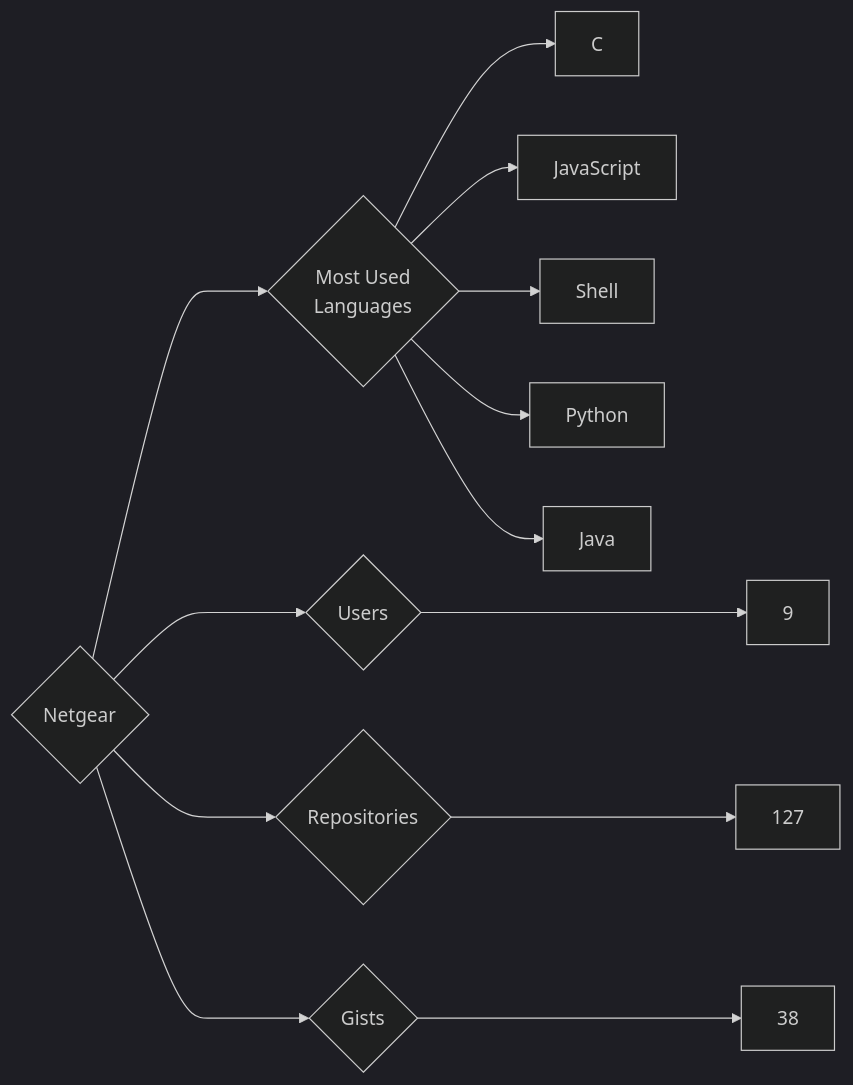
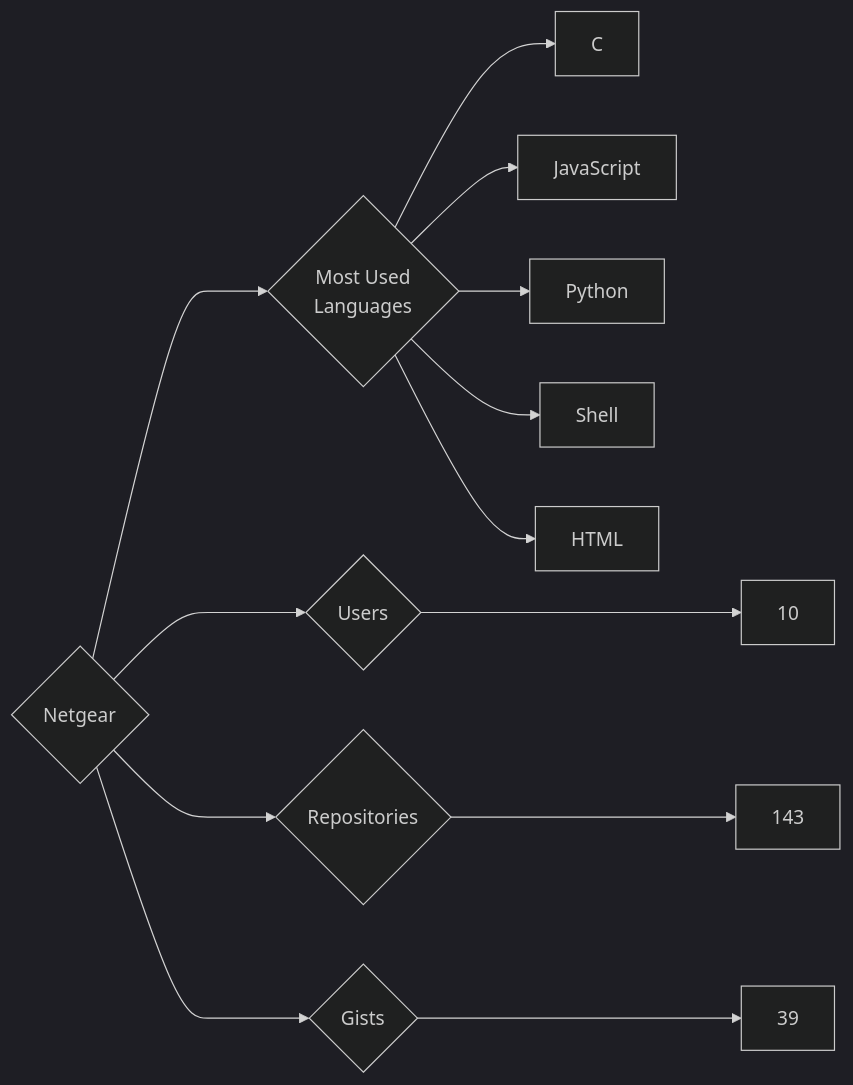
Before and after one commit to trickest/insiders: the diagram in targets/Netgear/README.md, drawn with Mermaid (dark theme). The commit also changed 773 other files, not shown here.

````diff
--- a/targets/Netgear/README.md
+++ b/targets/Netgear/README.md
@@ -3,13 +3,13 @@
 ```mermaid
 graph LR
 COMPANY_NAME{Netgear}
-COMPANY_NAME ---> U{Users} ---> UN[9]
-COMPANY_NAME ---> R{Repositories} ---> RN[127]
-COMPANY_NAME ---> G{Gists} ---> GN[38]
+COMPANY_NAME ---> U{Users} ---> UN[10]
+COMPANY_NAME ---> R{Repositories} ---> RN[143]
+COMPANY_NAME ---> G{Gists} ---> GN[39]
 COMPANY_NAME ---> ML{Most Used<br>Languages}
 ML --> C[C]
 ML --> JavaScript[JavaScript]
+ML --> Python[Python]
 ML --> Shell[Shell]
-ML --> Python[Python]
-ML --> Java[Java]
+ML --> HTML[HTML]
 ```
````
